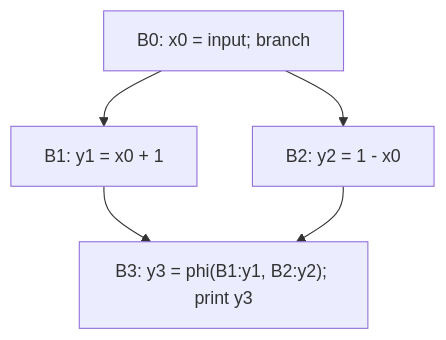
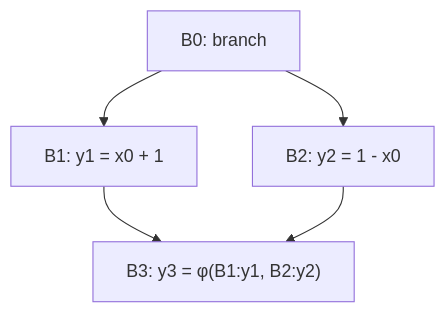
One commit to Misha1302/Middle-end-compiler-cource changed the diagram in docs/modules/06-ssa-and-phi.md. Above: the diagram before and after it, drawn with Mermaid. The commit also changed other lines of this file and 47 other files, not shown here.

````diff
--- a/docs/modules/06-ssa-and-phi.md
+++ b/docs/modules/06-ssa-and-phi.md
@@ -102,7 +29,7 @@
 ```mermaid
 flowchart TD
-    B0["B0: x0 = input; branch"] --> B1["B1: y1 = x0 + 1"]
-    B0 --> B2["B2: y2 = 1 - x0"]
-    B1 --> B3["B3: y3 = phi(B1:y1, B2:y2); print y3"]
-    B2 --> B3
+  B0["B0: branch"] --> B1["B1: y1 = x0 + 1"]
+  B0 --> B2["B2: y2 = 1 - x0"]
+  B1 --> B3["B3: y3 = φ(B1:y1, B2:y2)"]
+  B2 --> B3
 ```
````
